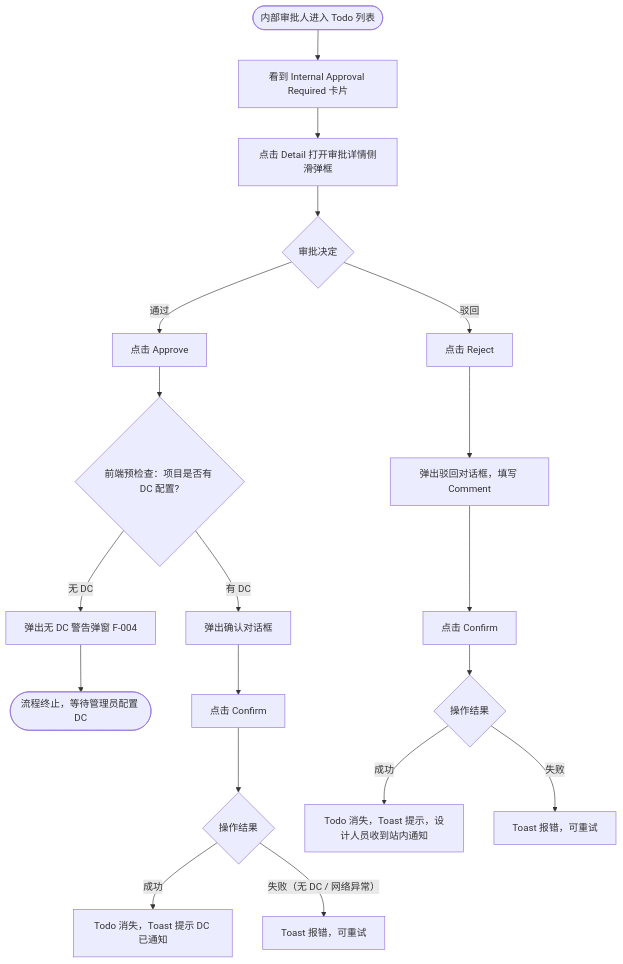
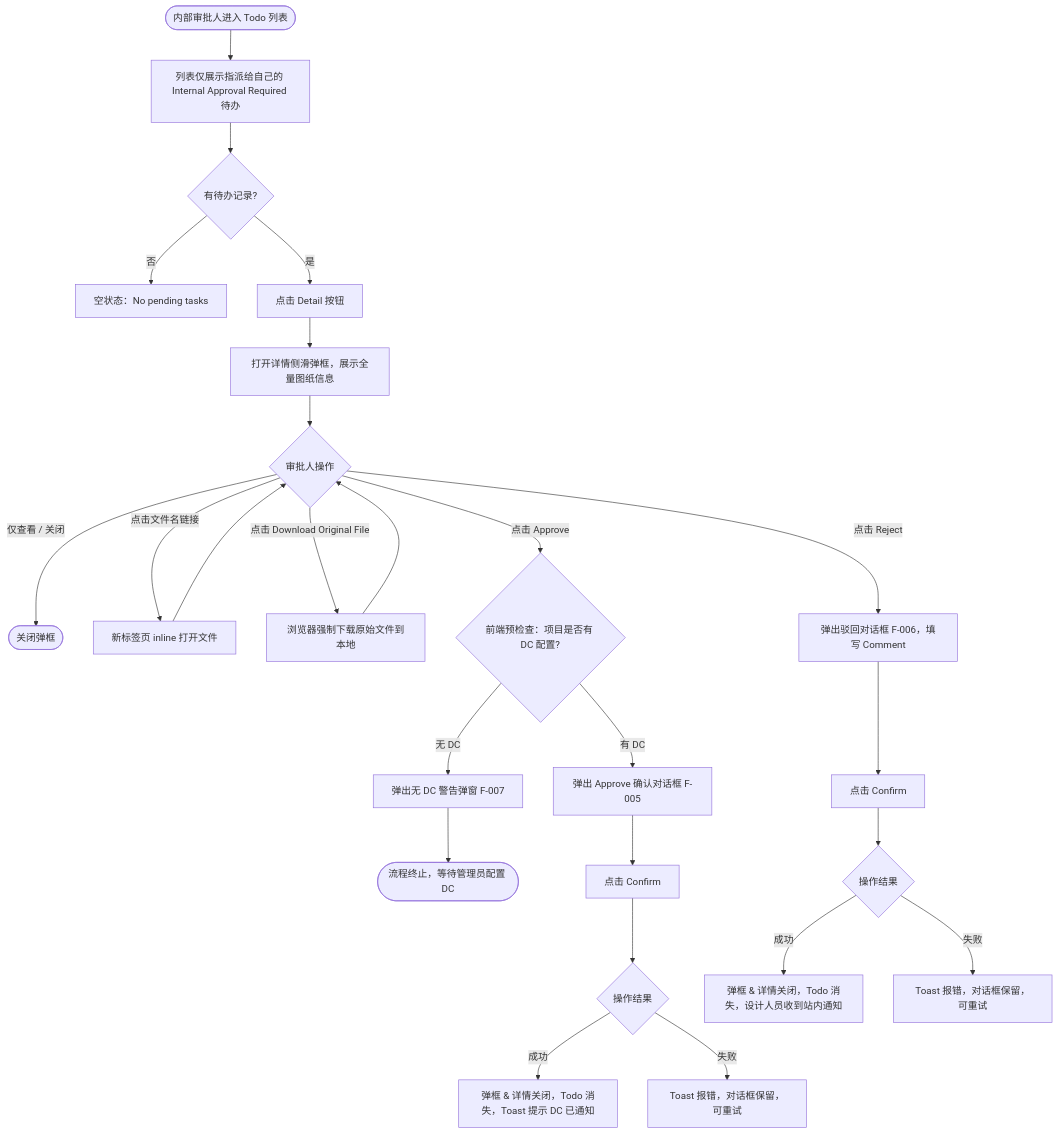
The diagram in requirements/pc/REQ-007A-pc.md (xiayingspace-hue/smart-site), drawn with Mermaid before and after one commit. The commit also changed other lines of this file and 12 other files, not shown here.

````diff
--- a/requirements/pc/REQ-007A-pc.md
+++ b/requirements/pc/REQ-007A-pc.md
@@ -157,21 +230,27 @@
 ```mermaid
 flowchart TD
-    A([内部审批人进入 Todo 列表]) --> B[看到 Internal Approval Required 卡片]
-    B --> C[点击 Detail 打开审批详情侧滑弹框]
-    C --> D{审批决定}
-    D -- 通过 --> E[点击 Approve]
-    D -- 驳回 --> F[点击 Reject]
-    E --> E1{前端预检查：项目是否有 DC 配置?}
-    E1 -- 无 DC --> E2[弹出无 DC 警告弹窗 F-004]
-    E2 --> E3([流程终止，等待管理员配置 DC])
-    E1 -- 有 DC --> G[弹出确认对话框]
-    G --> H[点击 Confirm]
-    H --> I{操作结果}
-    I -- 成功 --> J[Todo 消失，Toast 提示 DC 已通知]
-    I -- 失败（无 DC / 网络异常） --> K[Toast 报错，可重试]
-    F --> L[弹出驳回对话框，填写 Comment]
-    L --> M[点击 Confirm]
-    M --> N{操作结果}
-    N -- 成功 --> O[Todo 消失，Toast 提示，设计人员收到站内通知]
-    N -- 失败 --> P[Toast 报错，可重试]
+    A([内部审批人进入 Todo 列表]) --> B[列表仅展示指派给自己的 Internal Approval Required 待办]
+    B --> C{有待办记录?}
+    C -- 否 --> D[空状态：No pending tasks]
+    C -- 是 --> E[点击 Detail 按钮]
+    E --> F[打开详情侧滑弹框，展示全量图纸信息]
+    F --> G{审批人操作}
+    G -- 仅查看 / 关闭 --> H([关闭弹框])
+    G -- 点击文件名链接 --> I1[新标签页 inline 打开文件]
+    I1 --> G
+    G -- 点击 Download Original File --> I2[浏览器强制下载原始文件到本地]
+    I2 --> G
+    G -- 点击 Approve --> J{前端预检查：项目是否有 DC 配置?}
+    J -- 无 DC --> K[弹出无 DC 警告弹窗 F-007]
+    K --> L([流程终止，等待管理员配置 DC])
+    J -- 有 DC --> M[弹出 Approve 确认对话框 F-005]
+    M --> N[点击 Confirm]
+    N --> O{操作结果}
+    O -- 成功 --> P[弹框 & 详情关闭，Todo 消失，Toast 提示 DC 已通知]
+    O -- 失败 --> Q[Toast 报错，对话框保留，可重试]
+    G -- 点击 Reject --> R[弹出驳回对话框 F-006，填写 Comment]
+    R --> S[点击 Confirm]
+    S --> T{操作结果}
+    T -- 成功 --> U[弹框 & 详情关闭，Todo 消失，设计人员收到站内通知]
+    T -- 失败 --> V[Toast 报错，对话框保留，可重试]
 ```
````
